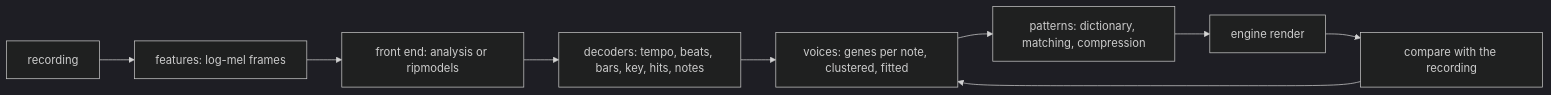
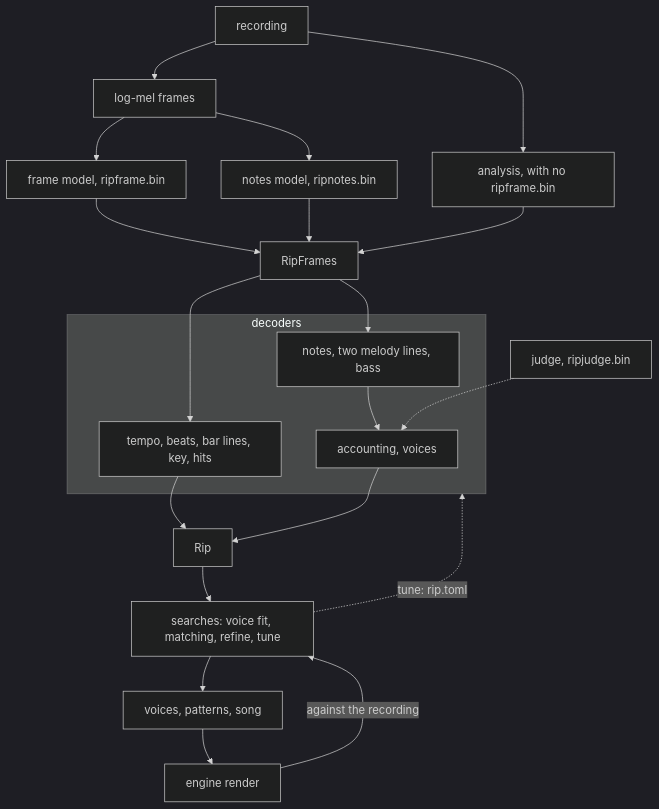
Before and after one commit to lixenwraith/stapes: the diagram in doc/rip-design.md, drawn with Mermaid (dark theme). The commit also changed other lines of this file and 4 other files, not shown here.

````diff
--- a/doc/rip-design.md
+++ b/doc/rip-design.md
@@ -25,11 +25,18 @@
 ```mermaid
-flowchart LR
-    A["recording"] --> B["features: log-mel frames"]
-    B --> C["front end: analysis or ripmodels"]
-    C --> D["decoders: tempo, beats, bars, key, hits, notes"]
-    D --> E["voices: genes per note, clustered, fitted"]
-    E --> F["patterns: dictionary, matching, compression"]
-    F --> G["engine render"]
-    G --> H["compare with the recording"]
-    H --> E
+flowchart TD
+    rec["recording"] --> mel["log-mel frames"]
+    mel --> frame["frame model, ripframe.bin"] --> frames["RipFrames"]
+    mel --> notes["notes model, ripnotes.bin"] --> frames
+    rec --> ana["analysis, with no ripframe.bin"] --> frames
+    subgraph decoders
+        grid["tempo, beats, bar lines, key, hits"]
+        lines["notes, two melody lines, bass"] --> acc["accounting, voices"]
+    end
+    frames --> grid & lines
+    judge["judge, ripjudge.bin"] -.-> acc
+    grid & acc --> rip["Rip"]
+    rip --> search["searches: voice fit, matching, refine, tune"]
+    search --> song["voices, patterns, song"] --> render["engine render"]
+    render -- "against the recording" --> search
+    search -. "tune: rip.toml" .-> decoders
 ```
````
